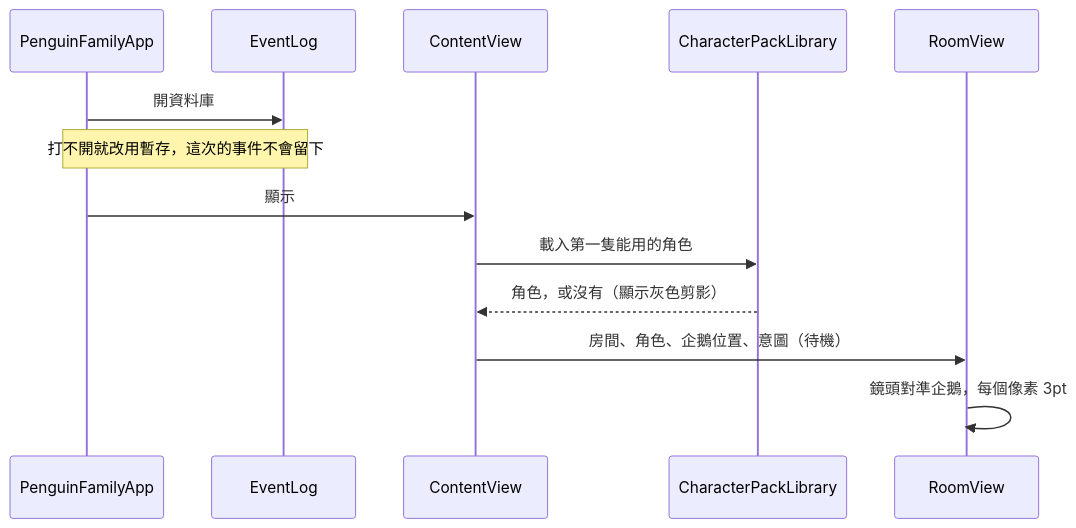
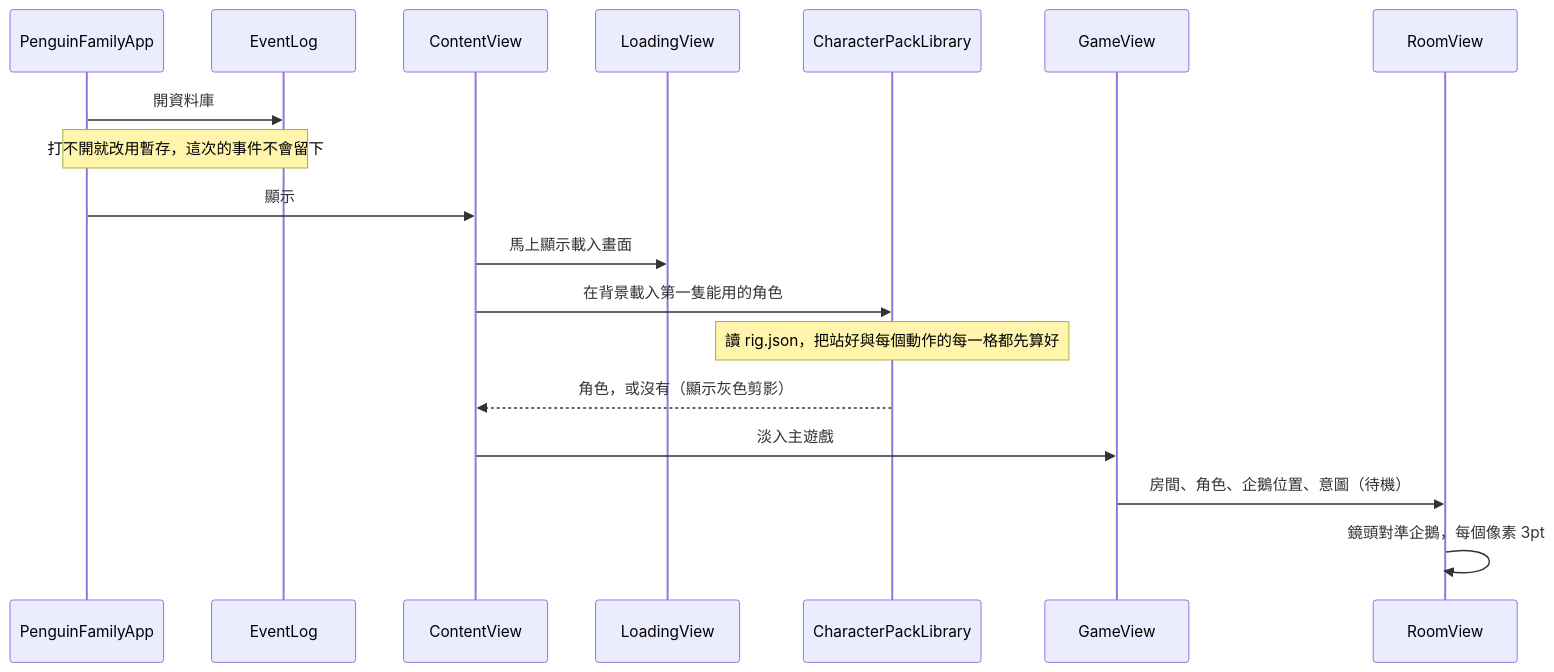
The second of 4 diagrams in docs/code-map.md (CBHeng/penguin-family), drawn with Mermaid before and after one commit. The commit also changed other lines of this file and 12 other files, not shown here.

````diff
--- a/docs/code-map.md
+++ b/docs/code-map.md
@@ -134,16 +147,21 @@
 ```mermaid
 sequenceDiagram
     participant App as PenguinFamilyApp
     participant Log as EventLog
     participant CV as ContentView
+    participant LV as LoadingView
     participant Lib as CharacterPackLibrary
+    participant GV as GameView
     participant RV as RoomView
 
     App->>Log: 開資料庫
     Note over App,Log: 打不開就改用暫存，這次的事件不會留下
     App->>CV: 顯示
-    CV->>Lib: 載入第一隻能用的角色
+    CV->>LV: 馬上顯示載入畫面
+    CV->>Lib: 在背景載入第一隻能用的角色
+    Note over Lib: 讀 rig.json，把站好與每個動作的每一格都先算好
     Lib-->>CV: 角色，或沒有（顯示灰色剪影）
-    CV->>RV: 房間、角色、企鵝位置、意圖（待機）
+    CV->>GV: 淡入主遊戲
+    GV->>RV: 房間、角色、企鵝位置、意圖（待機）
     RV->>RV: 鏡頭對準企鵝，每個像素 3pt
 ```
````
